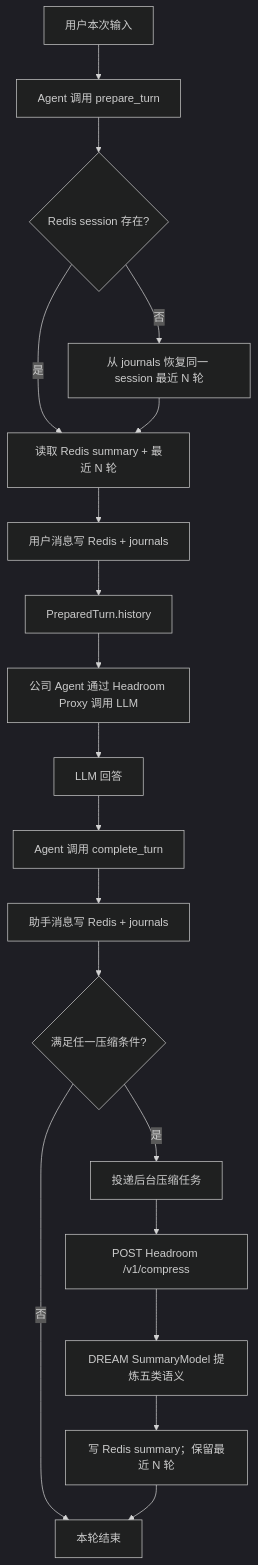
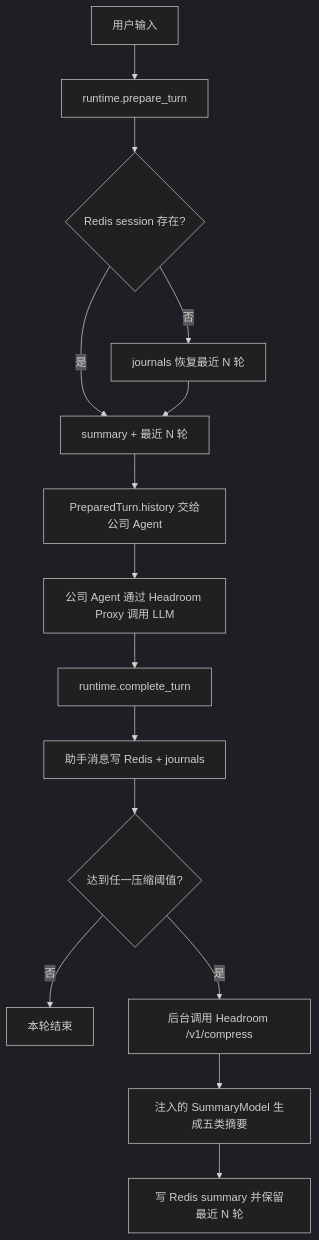
One commit to ZCDu/AGFS-MEM changed the diagram in README.md. Above: the diagram before and after it, drawn with Mermaid (dark theme). The commit also changed other lines of this file and 4 other files, not shown here.

````diff
--- a/README.md
+++ b/README.md
@@ -67,21 +20,17 @@
 ```mermaid
 flowchart TD
-    U["用户本次输入"] --> P["Agent 调用 prepare_turn"]
-    P --> E{"Redis session 存在?"}
-    E -->|是| R["读取 Redis summary + 最近 N 轮"]
-    E -->|否| J["从 journals 恢复同一 session 最近 N 轮"]
-    J --> R
-    R --> WU["用户消息写 Redis + journals"]
-    WU --> H["PreparedTurn.history"]
-    H --> PX["公司 Agent 通过 Headroom Proxy 调用 LLM"]
-    PX --> A["LLM 回答"]
-    A --> C["Agent 调用 complete_turn"]
-    C --> WA["助手消息写 Redis + journals"]
-    WA --> T{"满足任一压缩条件?"}
-    T -->|否| END["本轮结束"]
-    T -->|是| Q["投递后台压缩任务"]
-    Q --> HC["POST Headroom /v1/compress"]
-    HC --> SM["DREAM SummaryModel 提炼五类语义"]
-    SM --> SR["写 Redis summary；保留最近 N 轮"]
-    SR --> END
+    U["用户输入"] --> P["runtime.prepare_turn"]
+    P --> R{"Redis session 存在?"}
+    R -->|是| H["summary + 最近 N 轮"]
+    R -->|否| J["journals 恢复最近 N 轮"]
+    J --> H
+    H --> A["PreparedTurn.history 交给公司 Agent"]
+    A --> X["公司 Agent 通过 Headroom Proxy 调用 LLM"]
+    X --> C["runtime.complete_turn"]
+    C --> W["助手消息写 Redis + journals"]
+    W --> T{"达到任一压缩阈值?"}
+    T -->|否| E["本轮结束"]
+    T -->|是| Q["后台调用 Headroom /v1/compress"]
+    Q --> S["注入的 SummaryModel 生成五类摘要"]
+    S --> K["写 Redis summary 并保留最近 N 轮"]
 ```
````
